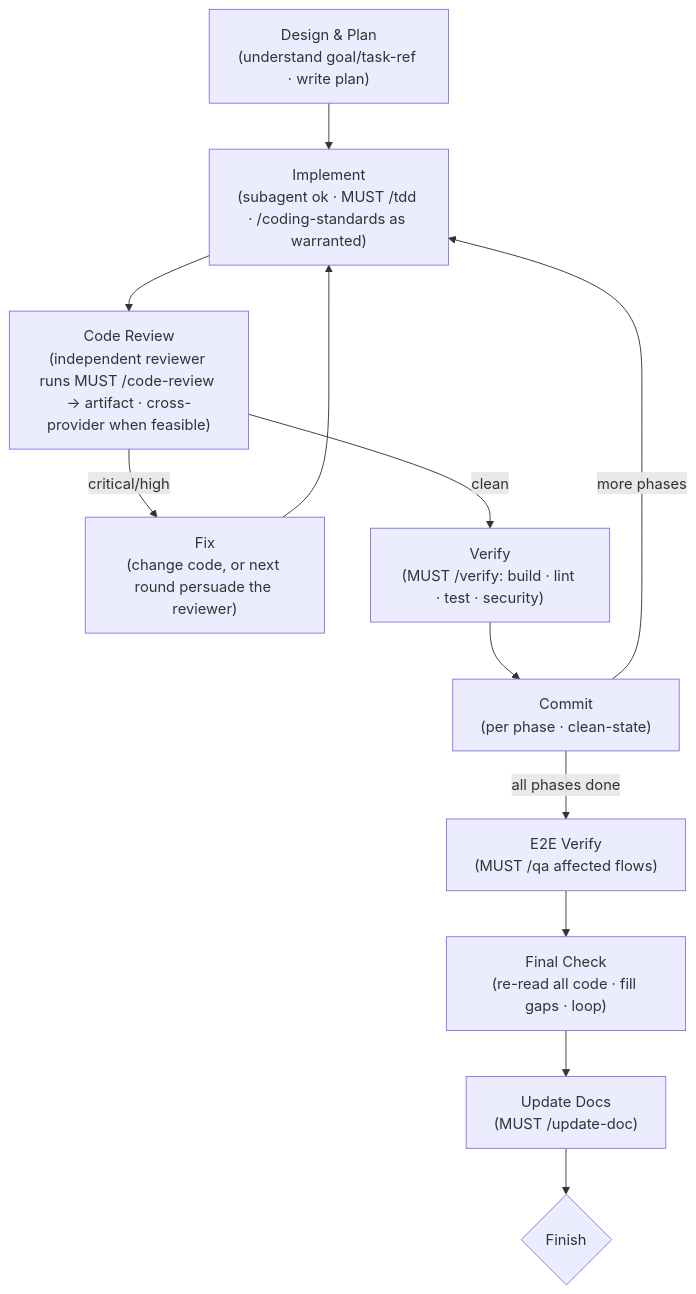
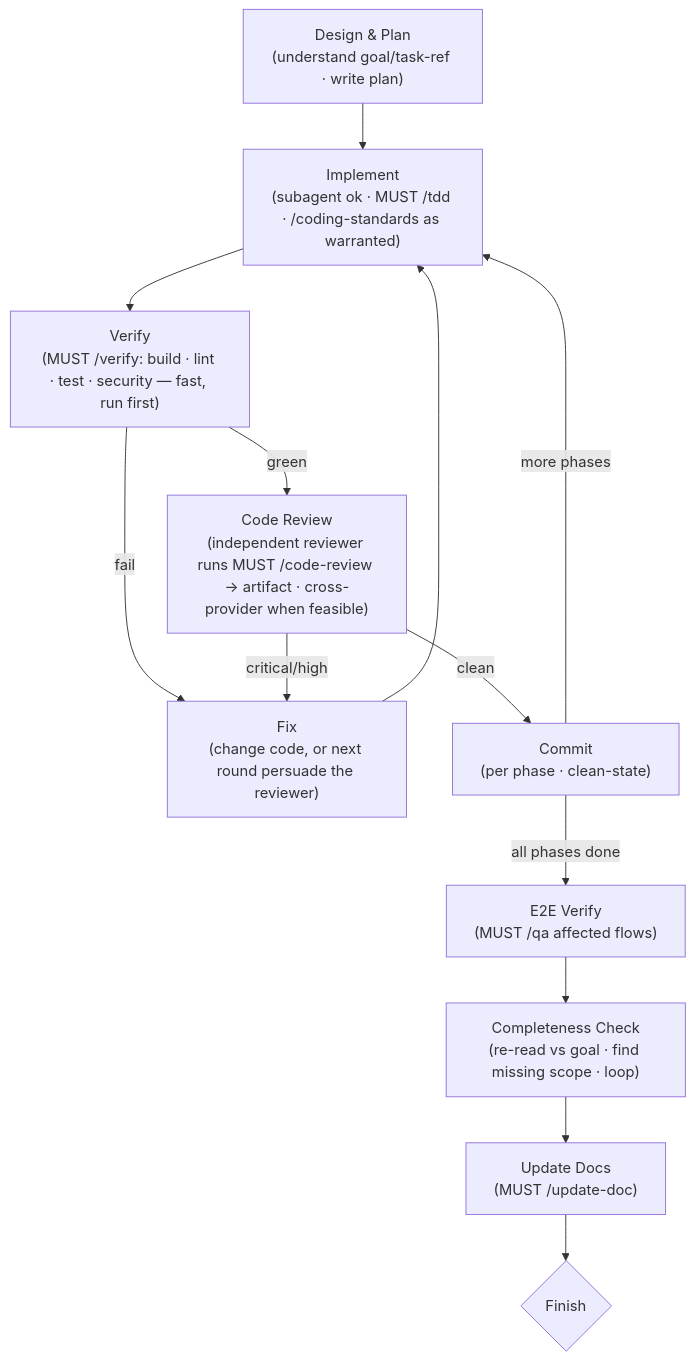
Before and after one commit to imoonkey/yaco: the diagram in agent-config/global/skills/implement/SKILL.md, drawn with Mermaid. The commit also changed other lines of this file and 3 other files, not shown here.

````diff
--- a/agent-config/global/skills/implement/SKILL.md
+++ b/agent-config/global/skills/implement/SKILL.md
@@ -43,18 +37,20 @@
 ```mermaid
 flowchart TB
   D["Design & Plan<br/>(understand goal/task-ref · write plan)"]
   I["Implement<br/>(subagent ok · MUST /tdd · /coding-standards as warranted)"]
+  V["Verify<br/>(MUST /verify: build · lint · test · security — fast, run first)"]
   R["Code Review<br/>(independent reviewer runs MUST /code-review → artifact · cross-provider when feasible)"]
   F["Fix<br/>(change code, or next round persuade the reviewer)"]
-  V["Verify<br/>(MUST /verify: build · lint · test · security)"]
   C["Commit<br/>(per phase · clean-state)"]
   Q["E2E Verify<br/>(MUST /qa affected flows)"]
-  FC["Final Check<br/>(re-read all code · fill gaps · loop)"]
+  FC["Completeness Check<br/>(re-read vs goal · find missing scope · loop)"]
   U["Update Docs<br/>(MUST /update-doc)"]
   X{"Finish"}
-  D --> I --> R
-  R -->|critical/high| F --> I
-  R -->|clean| V --> C
+  D --> I --> V
+  V -->|fail| F --> I
+  V -->|green| R
+  R -->|critical/high| F
+  R -->|clean| C
   C -->|more phases| I
   C -->|all phases done| Q --> FC --> U --> X
 ```
````
